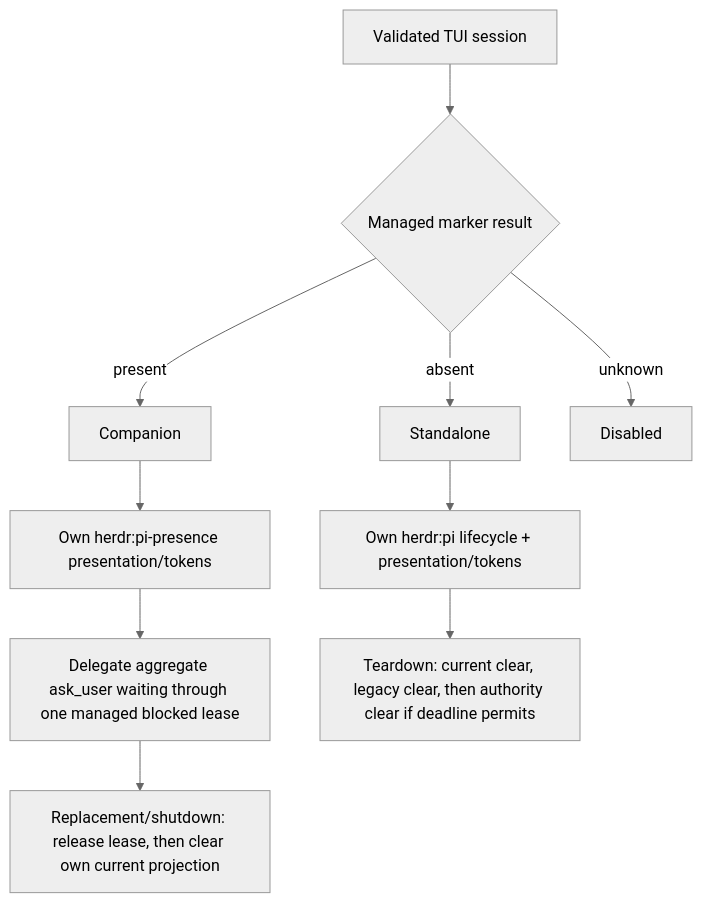
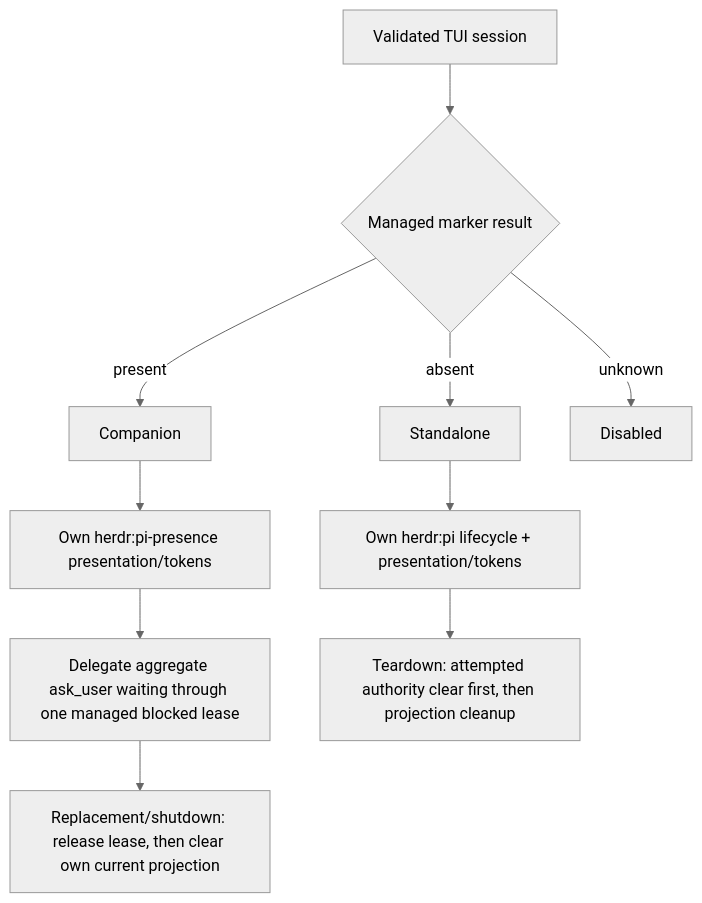
Before and after one commit to spi-ca/pi-herdr-presence: the fourth of 4 diagrams in docs/architecture.md, drawn with Mermaid (neutral theme). The commit also changed other lines of this file and 16 other files, not shown here.

````diff
--- a/docs/architecture.md
+++ b/docs/architecture.md
@@ -102,12 +102,12 @@
 ```mermaid
 flowchart TD
   Start[Validated TUI session] --> Probe{Managed marker result}
   Probe -->|present| Companion[Companion]
   Probe -->|absent| Standalone[Standalone]
   Probe -->|unknown| Disabled[Disabled]
   Companion --> CP[Own herdr:pi-presence presentation/tokens]
   CP --> CB[Delegate aggregate ask_user waiting through one managed blocked lease]
   Standalone --> SP[Own herdr:pi lifecycle + presentation/tokens]
   CB --> CT[Replacement/shutdown: release lease, then clear own current projection]
-  SP --> ST[Teardown: current clear, legacy clear, then authority clear if deadline permits]
+  SP --> ST[Teardown: attempted authority clear first, then projection cleanup]
 ```
````
